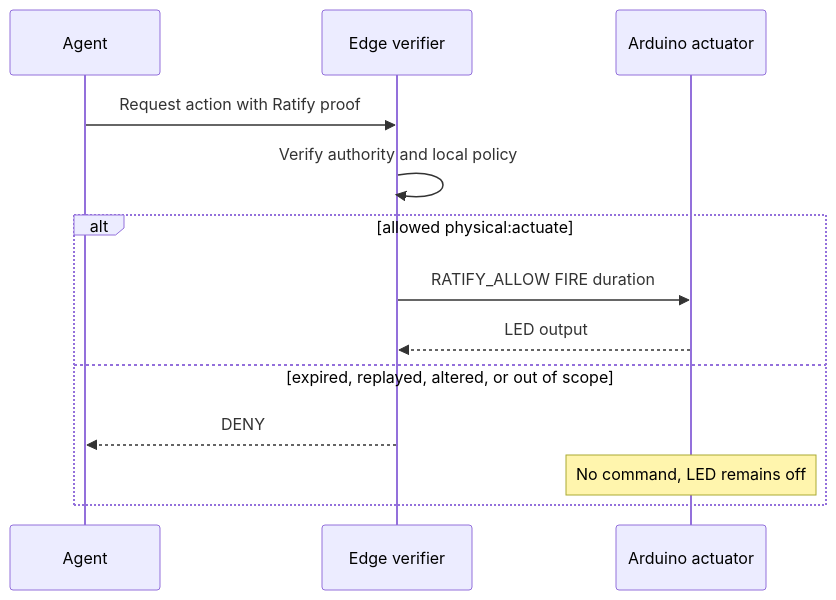
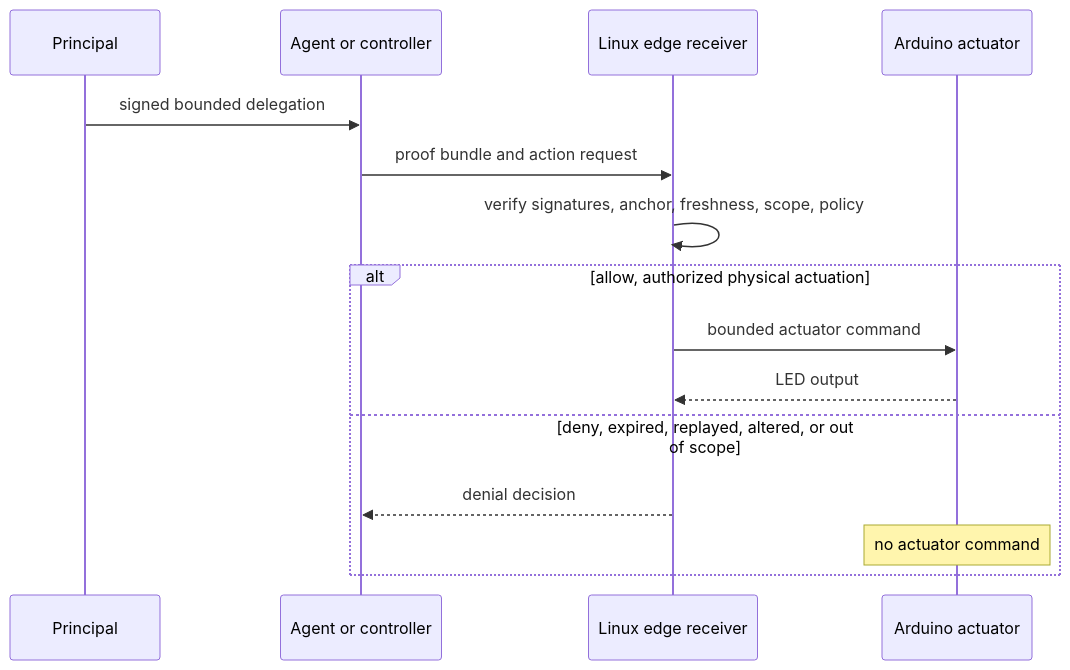
The second of 2 diagrams in references/physical-ai-edge-sentinel/README.md (identities-ai/ratify-protocol), drawn with Mermaid before and after one commit. The commit also changed other lines of this file and 2 other files, not shown here.

Commit message:
docs: complete physical AI reference guide

````diff
--- a/references/physical-ai-edge-sentinel/README.md
+++ b/references/physical-ai-edge-sentinel/README.md
@@ -51,15 +57,17 @@
 ```mermaid
 sequenceDiagram
-    participant A as Agent
-    participant E as Edge verifier
+    participant P as Principal
+    participant A as Agent or controller
+    participant E as Linux edge receiver
     participant R as Arduino actuator
-    A->>E: Request action with Ratify proof
-    E->>E: Verify authority and local policy
-    alt allowed physical:actuate
-        E->>R: RATIFY_ALLOW FIRE duration
+    P->>A: signed bounded delegation
+    A->>E: proof bundle and action request
+    E->>E: verify signatures, anchor, freshness, scope, policy
+    alt allow, authorized physical actuation
+        E->>R: bounded actuator command
         R-->>E: LED output
-    else expired, replayed, altered, or out of scope
-        E-->>A: DENY
-        Note over R: No command, LED remains off
+    else deny, expired, replayed, altered, or out of scope
+        E-->>A: denial decision
+        Note over R: no actuator command
     end
 ```
````
